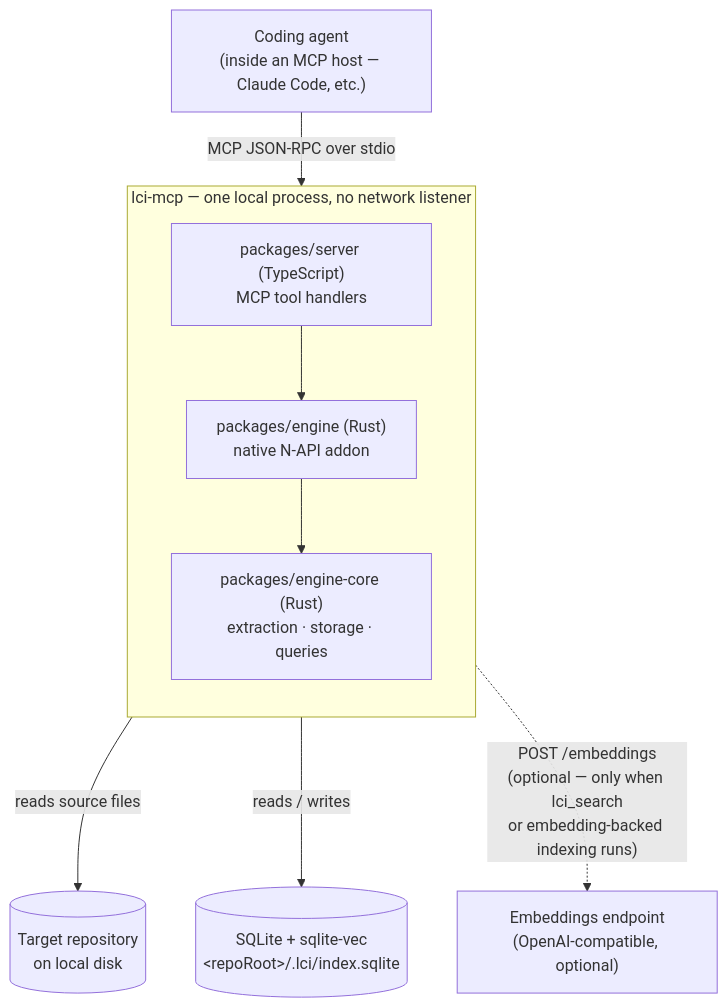
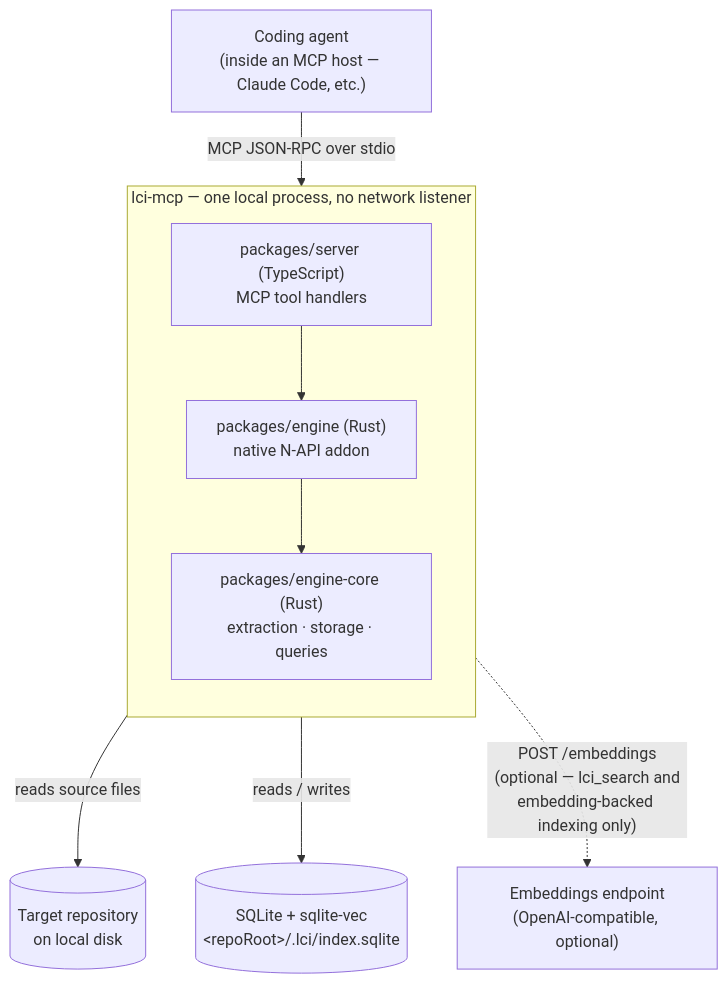
The first of 2 diagrams in README.md (ADORSYS-GIS/lci-mcp), drawn with Mermaid before and after one commit.

Commit message:
docs: route the architecture diagram's external edges from the process boundary
REPO, DB, and the embeddings endpoint previously connected from different
internal nodes (SRV, CORE) at different depths inside the process subgraph,
which put the embeddings node at a different vertical rank than the other
two dependencies in the rendered layout. Routing all three from the PROC
subgraph itself keeps them on one rank, rendering as a single row below the
process box. Verified by rendering both diagrams with the mermaid library
directly and checking for node overlap / rank grouping.

````diff
--- a/README.md
+++ b/README.md
@@ -26,17 +26,17 @@
 ```mermaid
 flowchart TD
     AGENT["Coding agent<br/>(inside an MCP host — Claude Code, etc.)"]
-    AGENT -->|"MCP JSON-RPC over stdio"| SRV
+    AGENT -->|"MCP JSON-RPC over stdio"| PROC
 
     subgraph PROC["lci-mcp — one local process, no network listener"]
         direction TB
         SRV["packages/server (TypeScript)<br/>MCP tool handlers"]
         ENG["packages/engine (Rust)<br/>native N-API addon"]
         CORE["packages/engine-core (Rust)<br/>extraction · storage · queries"]
         SRV --> ENG --> CORE
     end
 
-    CORE -->|"reads source files"| REPO[("Target repository<br/>on local disk")]
-    CORE -->|"reads / writes"| DB[("SQLite + sqlite-vec<br/>&lt;repoRoot&gt;/.lci/index.sqlite")]
-    SRV -.->|"POST /embeddings<br/>(optional — only when lci_search<br/>or embedding-backed indexing runs)"| EMB["Embeddings endpoint<br/>(OpenAI-compatible, optional)"]
+    PROC -->|"reads source files"| REPO[("Target repository<br/>on local disk")]
+    PROC -->|"reads / writes"| DB[("SQLite + sqlite-vec<br/>&lt;repoRoot&gt;/.lci/index.sqlite")]
+    PROC -.->|"POST /embeddings<br/>(optional — lci_search and<br/>embedding-backed indexing only)"| EMB["Embeddings endpoint<br/>(OpenAI-compatible, optional)"]
 ```
````
